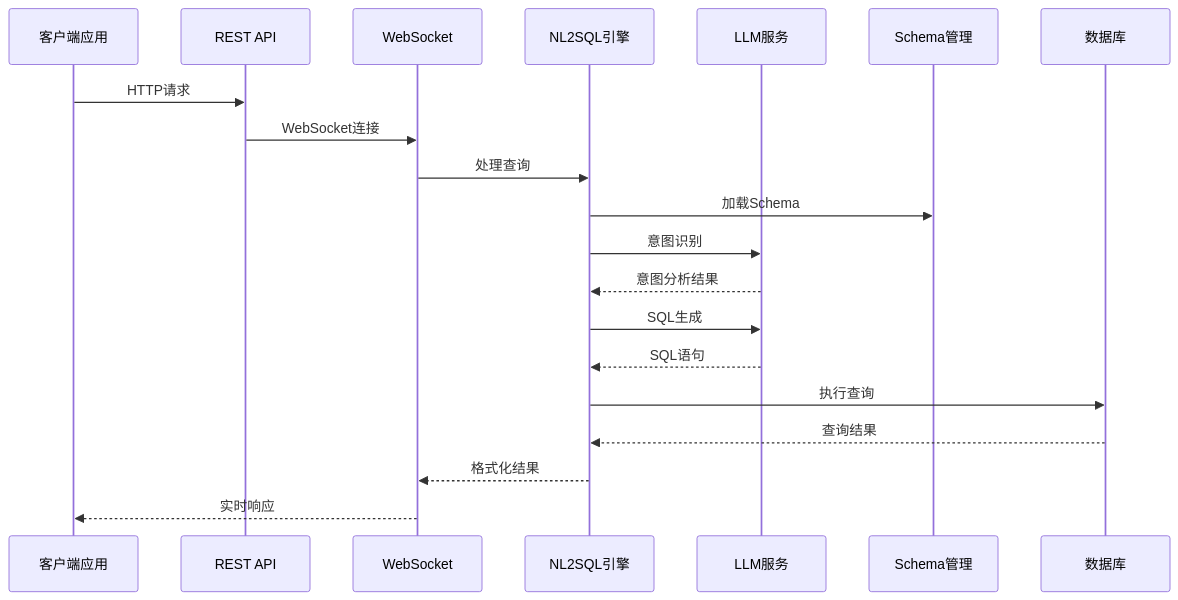
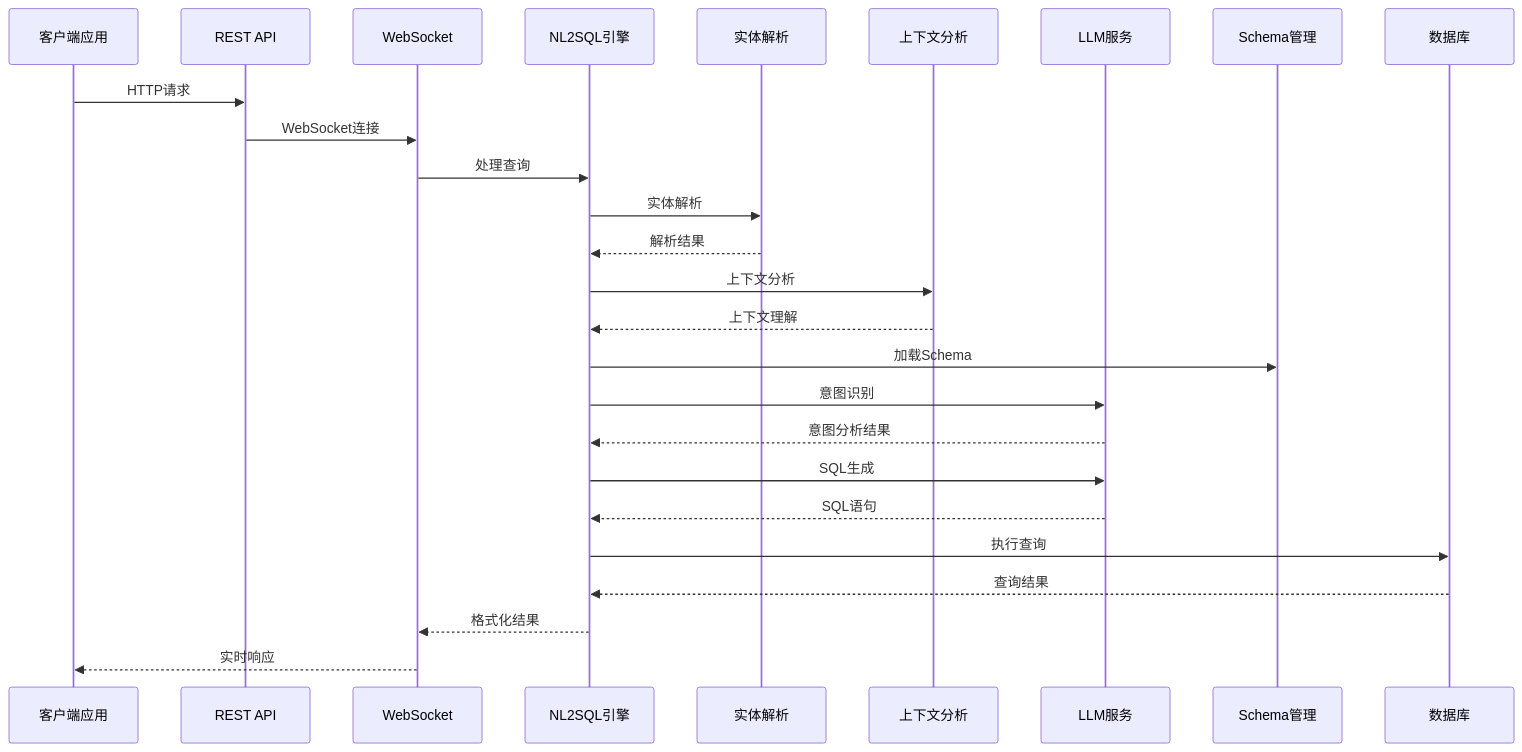
One commit to HanHuiOnLine/724-office changed the second of 9 diagrams in .qoder/repowiki/zh/content/API参考/NL2SQL API参考.md. Above: the diagram before and after it, drawn with Mermaid. The commit also changed other lines of this file and 14 other files, not shown here.

````diff
--- a/.qoder/repowiki/zh/content/API参考/NL2SQL API参考.md
+++ b/.qoder/repowiki/zh/content/API参考/NL2SQL API参考.md
@@ -127,22 +140,28 @@
 ```mermaid
 sequenceDiagram
 participant Client as 客户端应用
 participant API as REST API
 participant WS as WebSocket
 participant Engine as NL2SQL引擎
+participant Entity as 实体解析
+participant Context as 上下文分析
 participant LLM as LLM服务
 participant Schema as Schema管理
 participant DB as 数据库
 Client->>API : HTTP请求
 API->>WS : WebSocket连接
 WS->>Engine : 处理查询
+Engine->>Entity : 实体解析
+Entity-->>Engine : 解析结果
+Engine->>Context : 上下文分析
+Context-->>Engine : 上下文理解
 Engine->>Schema : 加载Schema
 Engine->>LLM : 意图识别
 LLM-->>Engine : 意图分析结果
 Engine->>LLM : SQL生成
 LLM-->>Engine : SQL语句
 Engine->>DB : 执行查询
 DB-->>Engine : 查询结果
 Engine-->>WS : 格式化结果
 WS-->>Client : 实时响应
 ```
````
